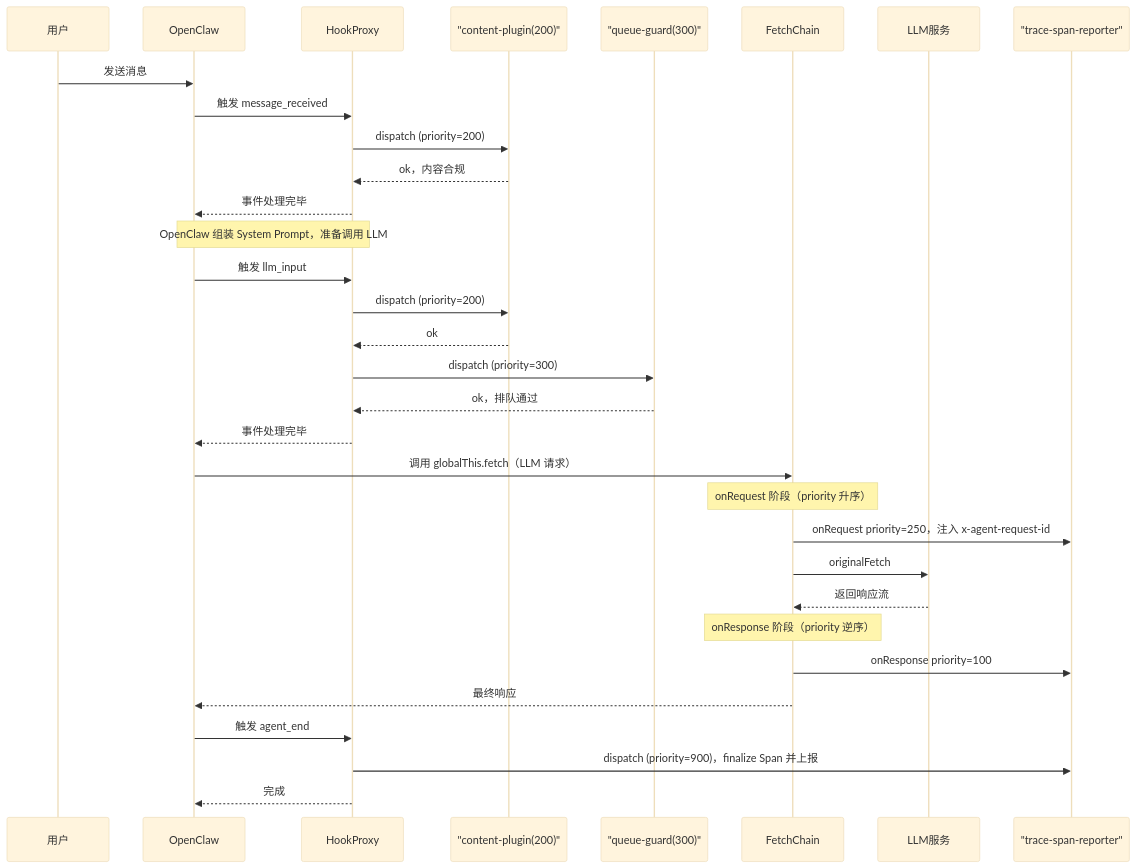
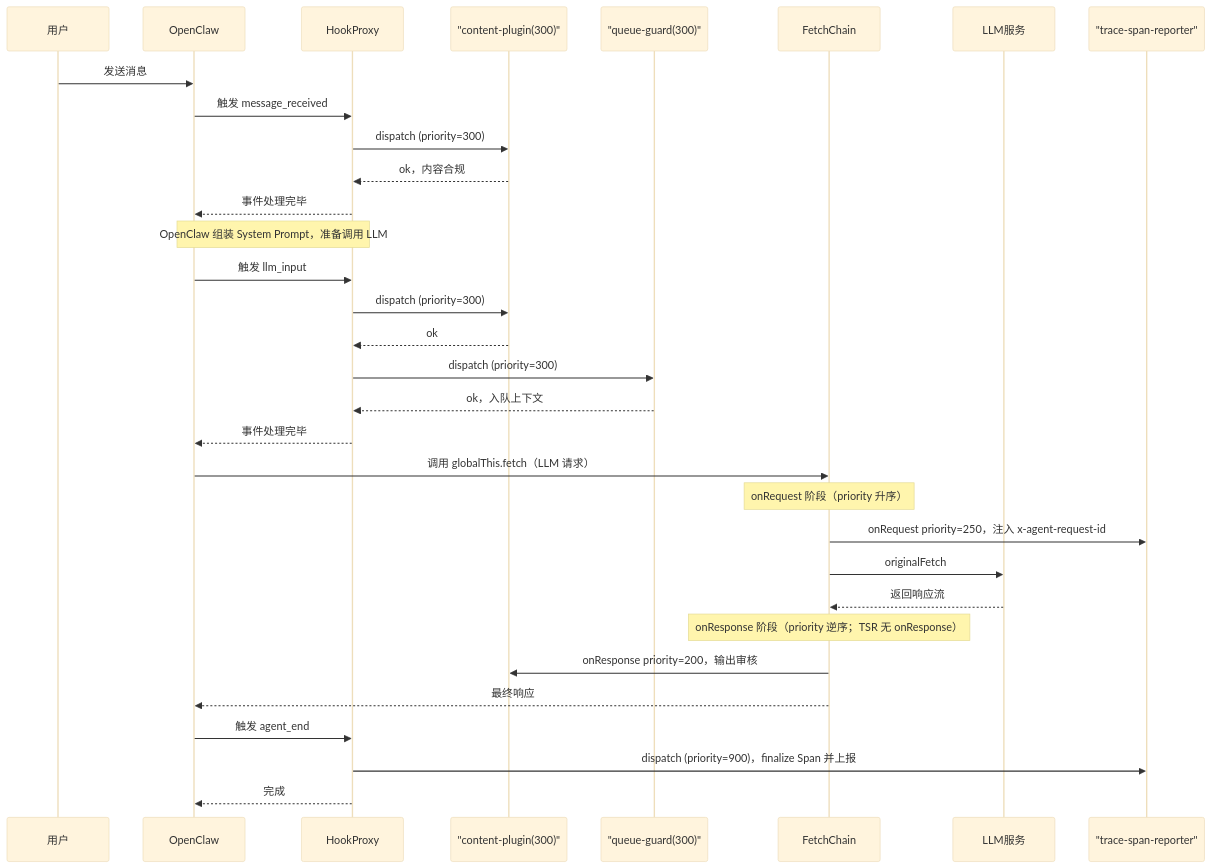
One commit to lianglei777/AI changed the second of 2 diagrams in docs/QClaw/01-qclaw-plugin-architecture-research.md. Above: the diagram before and after it, drawn with Mermaid (base theme). The commit also changed other lines of this file and 7 other files, not shown here.

````diff
--- a/docs/QClaw/01-qclaw-plugin-architecture-research.md
+++ b/docs/QClaw/01-qclaw-plugin-architecture-research.md
@@ -188,38 +188,38 @@
 ```mermaid
 sequenceDiagram
     participant User as 用户
     participant OC as OpenClaw
     participant HP as HookProxy
-    participant CP as "content-plugin(200)"
+    participant CP as "content-plugin(300)"
     participant QG as "queue-guard(300)"
     participant FC as FetchChain
     participant LLM as LLM服务
     participant TSR as "trace-span-reporter"
 
     User->>OC: 发送消息
     OC->>HP: 触发 message_received
-    HP->>CP: dispatch (priority=200)
+    HP->>CP: dispatch (priority=300)
     CP-->>HP: ok，内容合规
     HP-->>OC: 事件处理完毕
 
     Note over OC,HP: OpenClaw 组装 System Prompt，准备调用 LLM
     OC->>HP: 触发 llm_input
-    HP->>CP: dispatch (priority=200)
+    HP->>CP: dispatch (priority=300)
     CP-->>HP: ok
     HP->>QG: dispatch (priority=300)
-    QG-->>HP: ok，排队通过
+    QG-->>HP: ok，入队上下文
     HP-->>OC: 事件处理完毕
 
     OC->>FC: 调用 globalThis.fetch（LLM 请求）
     Note over FC: onRequest 阶段（priority 升序）
     FC->>TSR: onRequest priority=250，注入 x-agent-request-id
     FC->>LLM: originalFetch
     LLM-->>FC: 返回响应流
-    Note over FC: onResponse 阶段（priority 逆序）
-    FC->>TSR: onResponse priority=100
+    Note over FC: onResponse 阶段（priority 逆序；TSR 无 onResponse）
+    FC->>CP: onResponse priority=200，输出审核
     FC-->>OC: 最终响应
 
     OC->>HP: 触发 agent_end
     HP->>TSR: dispatch (priority=900)，finalize Span 并上报
     HP-->>OC: 完成
 ```
````
